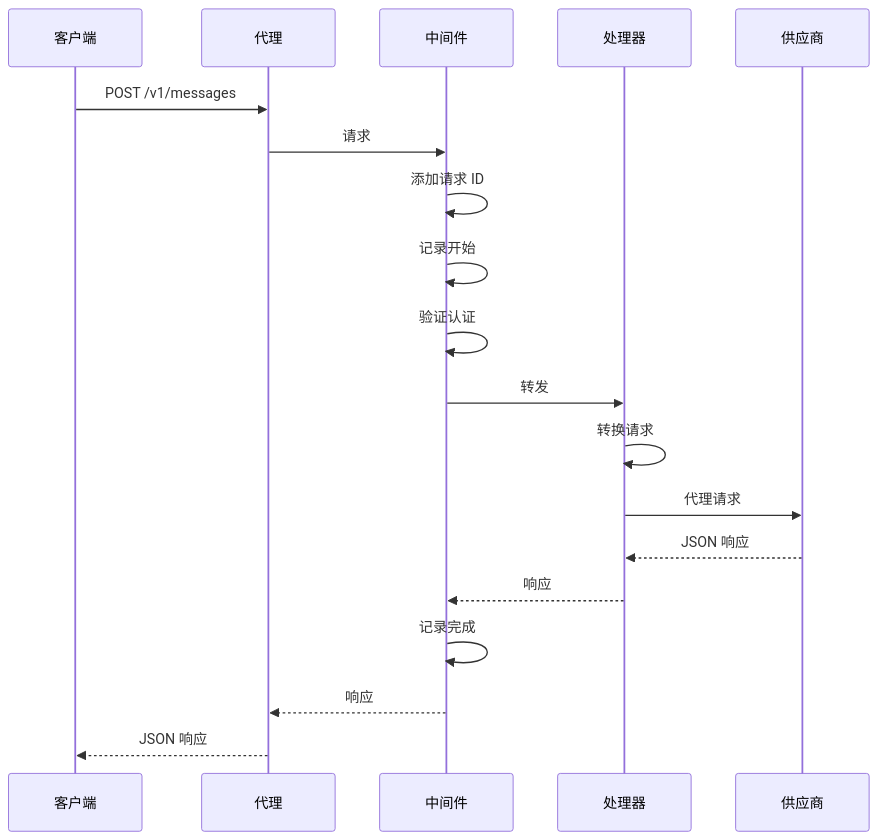
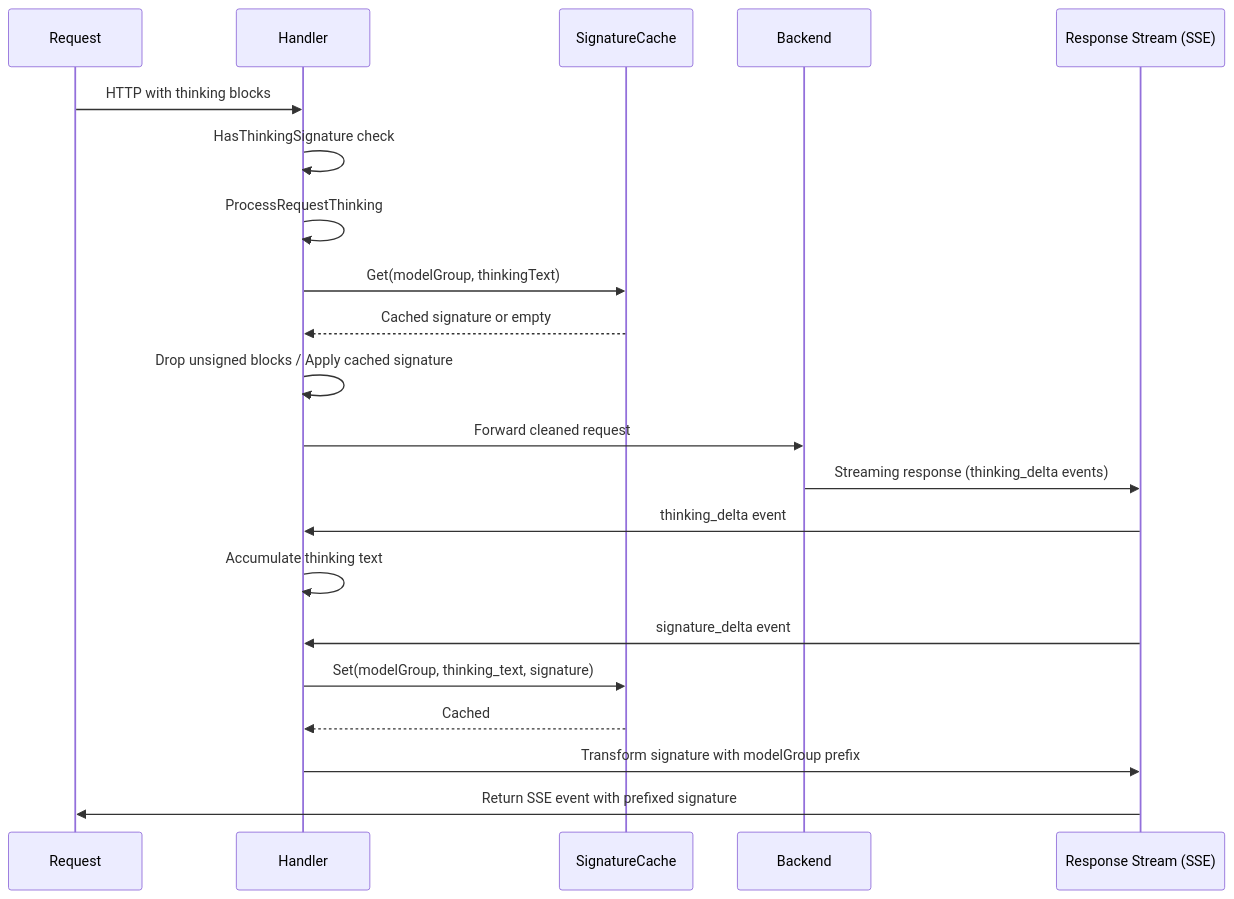
One commit to omarluq/cc-relay changed the third of 5 diagrams in docs-site/content/zh-cn/docs/architecture.md. Above: the diagram before and after it, drawn with Mermaid. The commit also changed other lines of this file and 5 other files, not shown here.

First line of the commit message:
docs: rewrite architecture docs with multi-provider support

````diff
--- a/docs-site/content/zh-cn/docs/architecture.md
+++ b/docs-site/content/zh-cn/docs/architecture.md
@@ -182,22 +173,25 @@
 ```mermaid
 sequenceDiagram
-    participant Client as 客户端
-    participant Proxy as 代理
-    participant Middleware as 中间件
-    participant Handler as 处理器
-    participant Provider as 供应商
+    participant Request
+    participant Handler
+    participant SignatureCache
+    participant Backend
+    participant ResponseStream as Response Stream (SSE)
 
-    Client->>Proxy: POST /v1/messages
-    Proxy->>Middleware: 请求
-    Middleware->>Middleware: 添加请求 ID
-    Middleware->>Middleware: 记录开始
-    Middleware->>Middleware: 验证认证
-    Middleware->>Handler: 转发
-    Handler->>Handler: 转换请求
-    Handler->>Provider: 代理请求
-    Provider-->>Handler: JSON 响应
-    Handler-->>Middleware: 响应
-    Middleware->>Middleware: 记录完成
-    Middleware-->>Proxy: 响应
-    Proxy-->>Client: JSON 响应
+    Request->>Handler: HTTP with thinking blocks
+    Handler->>Handler: HasThinkingSignature check
+    Handler->>Handler: ProcessRequestThinking
+    Handler->>SignatureCache: Get(modelGroup, thinkingText)
+    SignatureCache-->>Handler: Cached signature or empty
+    Handler->>Handler: Drop unsigned blocks / Apply cached signature
+    Handler->>Backend: Forward cleaned request
+
+    Backend->>ResponseStream: Streaming response (thinking_delta events)
+    ResponseStream->>Handler: thinking_delta event
+    Handler->>Handler: Accumulate thinking text
+    ResponseStream->>Handler: signature_delta event
+    Handler->>SignatureCache: Set(modelGroup, thinking_text, signature)
+    SignatureCache-->>Handler: Cached
+    Handler->>ResponseStream: Transform signature with modelGroup prefix
+    ResponseStream->>Request: Return SSE event with prefixed signature
 ```
````
